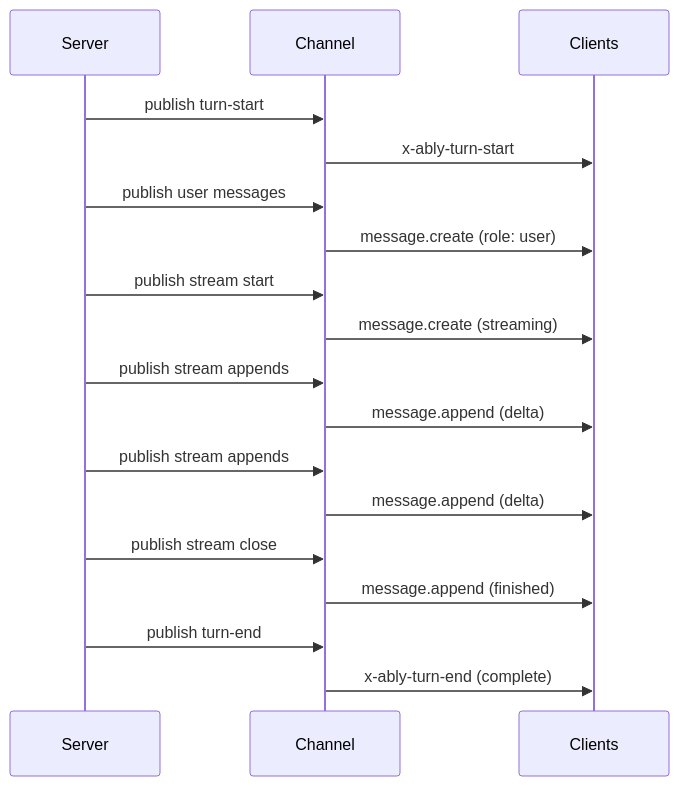
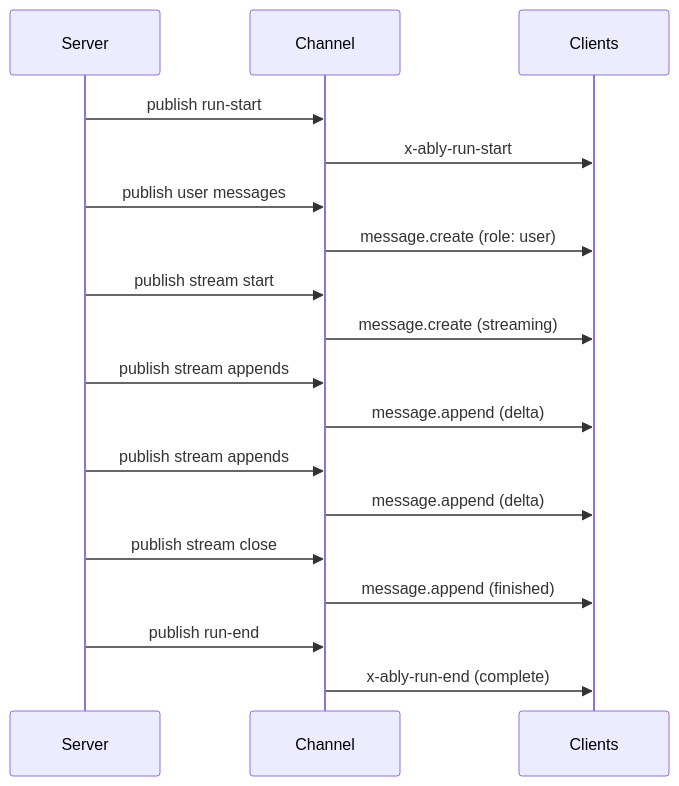
The first of 2 diagrams in docs/internals/wire-protocol.md (ably/ably-ai-transport-js), drawn with Mermaid before and after one commit. The commit also changed other lines of this file and 194 other files, not shown here.

First line of the commit message:
Rename Transport->Session, Turn->Run; add connect(), Invocation

````diff
--- a/docs/internals/wire-protocol.md
+++ b/docs/internals/wire-protocol.md
@@ -119,24 +119,24 @@
 ```mermaid
 sequenceDiagram
     participant S as Server
     participant Ch as Channel
     participant C as Clients
 
-    S->>Ch: publish turn-start
-    Ch->>C: x-ably-turn-start
+    S->>Ch: publish run-start
+    Ch->>C: x-ably-run-start
 
     S->>Ch: publish user messages
     Ch->>C: message.create (role: user)
 
     S->>Ch: publish stream start
     Ch->>C: message.create (streaming)
     S->>Ch: publish stream appends
     Ch->>C: message.append (delta)
     S->>Ch: publish stream appends
     Ch->>C: message.append (delta)
     S->>Ch: publish stream close
     Ch->>C: message.append (finished)
 
-    S->>Ch: publish turn-end
-    Ch->>C: x-ably-turn-end (complete)
+    S->>Ch: publish run-end
+    Ch->>C: x-ably-run-end (complete)
 ```
````
